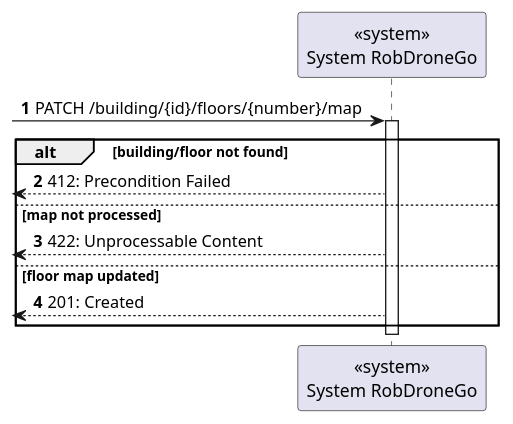
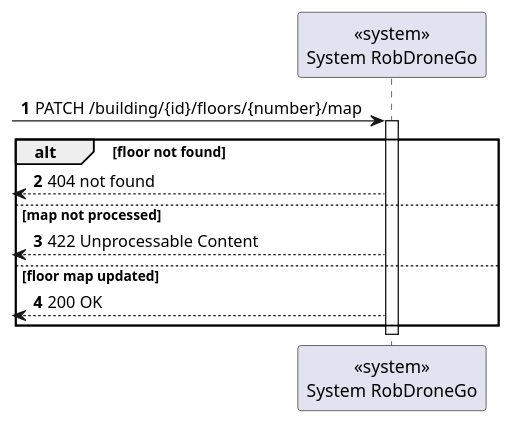
The diagram in docs/us230/level1/process-view.puml (Departamento-de-Engenharia-Informatica/lapr5-23-24-g19), drawn with PlantUML before and after one commit. The commit also changed 8 other files, not shown here.

```diff
--- a/docs/us230/level1/process-view.puml
+++ b/docs/us230/level1/process-view.puml
@@ -1,19 +1,19 @@
 @startuml
 autonumber
 
 participant "<<system>>\nSystem RobDroneGo" as sys
 
 [-> sys: PATCH /building/{id}/floors/{number}/map
 activate sys
 
-alt building/floor not found
-    [<--sys  : 412: Precondition Failed
+alt floor not found
+    [<--sys  : 404 not found
 else map not processed
-    [<--sys : 422: Unprocessable Content
+    [<--sys : 422 Unprocessable Content
 else floor map updated
-    [<--sys  : 201: Created
+    [<--sys  : 200 OK
 end
 
 deactivate sys
 
 @enduml
```
